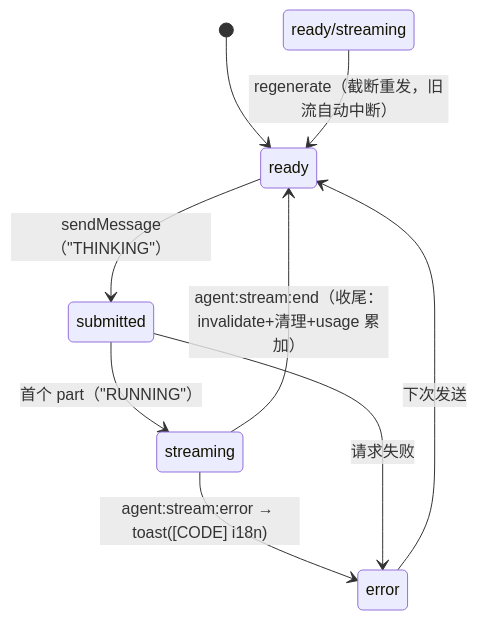
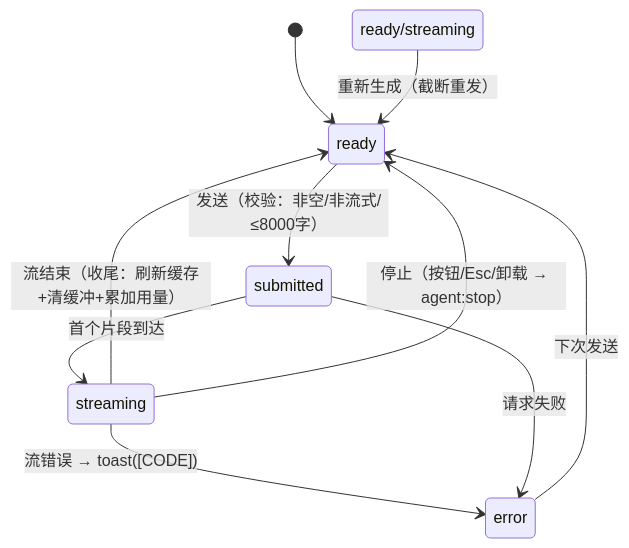
The tenth of 21 diagrams in docs/design/09-ux-interaction-spec.md (zlh12331/superagent), drawn with Mermaid before and after one commit. The commit also changed other lines of this file, not shown here.

Commit message:
docs: rewrite guide with diagram-first presentation (21 mermaid charts)

````diff
--- a/docs/design/09-ux-interaction-spec.md
+++ b/docs/design/09-ux-interaction-spec.md
@@ -250,11 +378,12 @@
 ```mermaid
 stateDiagram-v2
   [*] --> ready
-  ready --> submitted: sendMessage（"THINKING"）
-  submitted --> streaming: 首个 part（"RUNNING"）
-  streaming --> ready: agent:stream:end（收尾：invalidate+清理+usage 累加）
-  streaming --> error: agent:stream:error → toast([CODE] i18n)
+  ready --> submitted: 发送（校验：非空/非流式/≤8000字）
+  submitted --> streaming: 首个片段到达
+  streaming --> ready: 流结束（收尾：刷新缓存+清缓冲+累加用量）
+  streaming --> error: 流错误 → toast([CODE])
   submitted --> error: 请求失败
   error --> ready: 下次发送
-  ready/streaming --> ready: regenerate（截断重发，旧流自动中断）
+  streaming --> ready: 停止（按钮/Esc/卸载 → agent:stop）
+  ready/streaming --> ready: 重新生成（截断重发）
 ```
````
